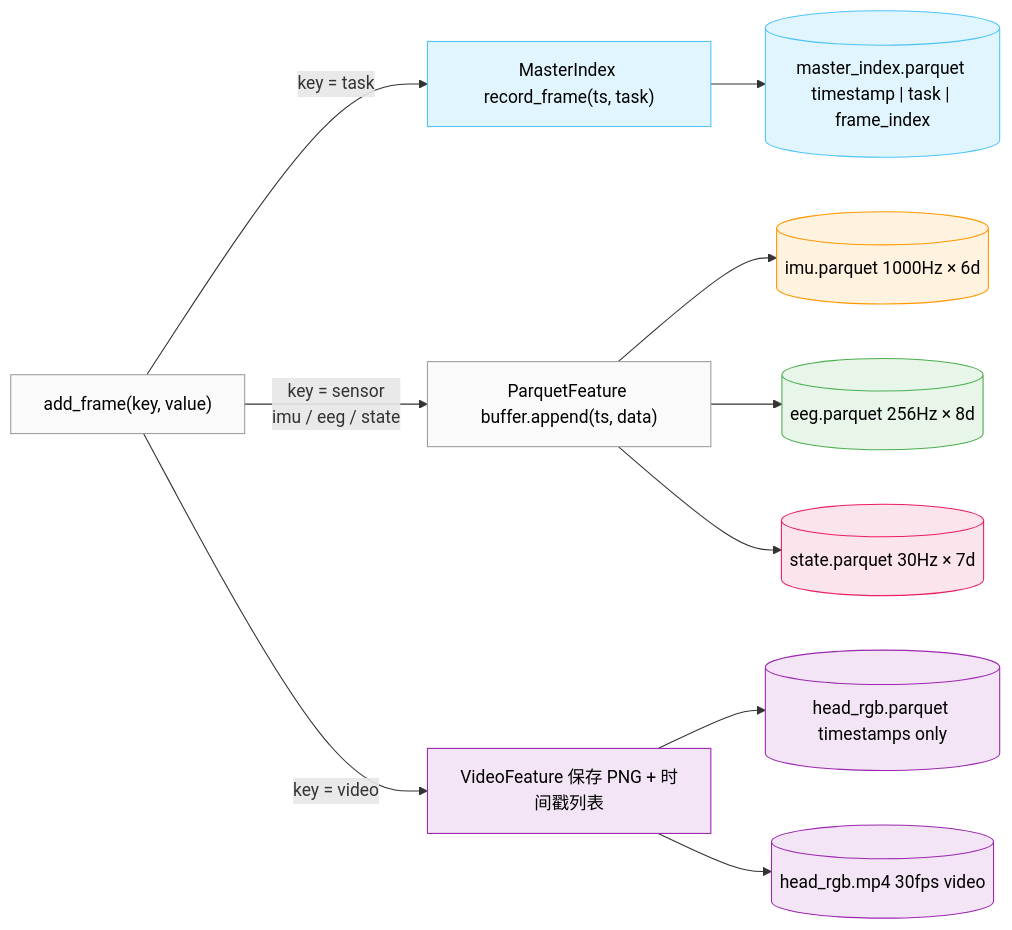
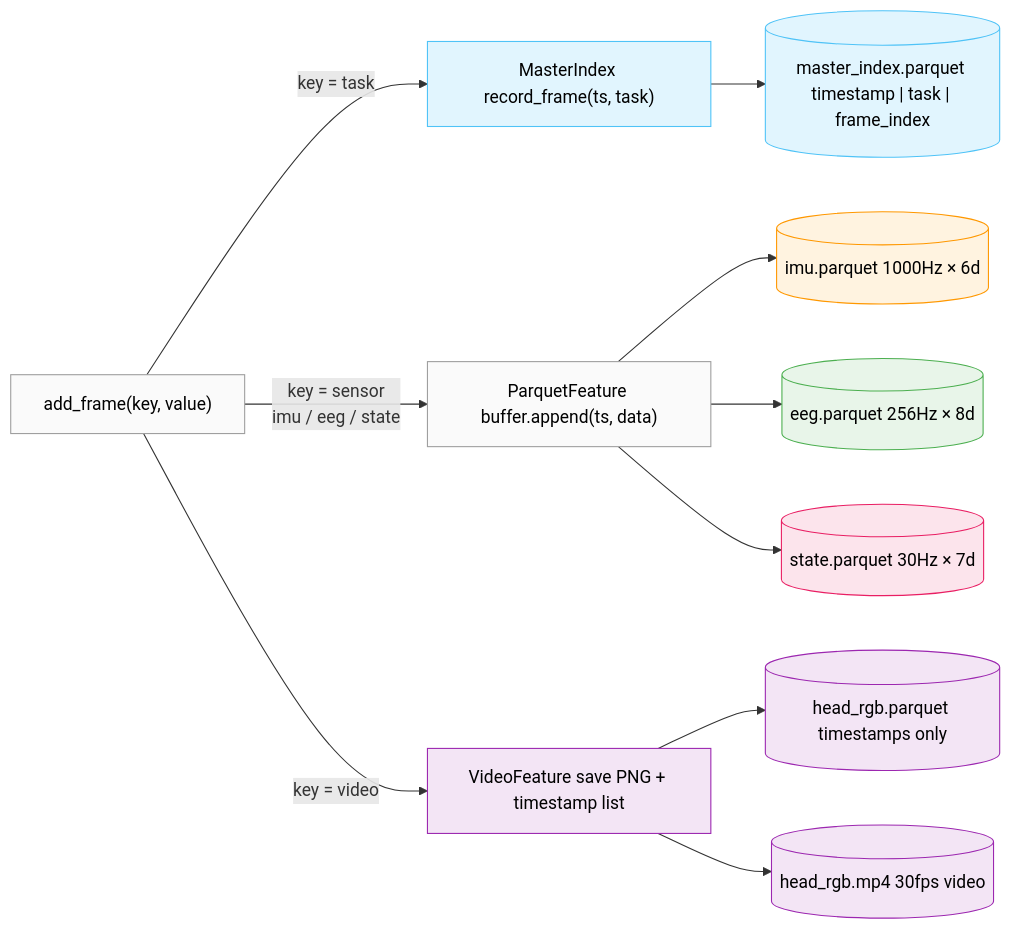
Before and after one commit to Koorye/Multi-Frequency-LeRobot: the first of 4 diagrams in README.md, drawn with Mermaid. The commit also changed other lines of this file and 10 other files, not shown here.

````diff
--- a/README.md
+++ b/README.md
@@ -50,37 +52,35 @@
 ```mermaid
 flowchart LR
-        direction TB
-        AF["add_frame(key, value)"]
-        IX["MasterIndex record_frame(ts, task)"]
-        PF["ParquetFeature buffer.append(ts, data)"]
-        VF["VideoFeature 保存 PNG + 时间戳列表"]
+    AF["add_frame(key, value)"]
+    IX["MasterIndex record_frame(ts, task)"]
+    PF["ParquetFeature buffer.append(ts, data)"]
+    VF["VideoFeature save PNG + timestamp list"]
 
-        direction TB
-        MI[("master_index.parquet timestamp | task | frame_index")]
-        P1[("imu.parquet 1000Hz × 6d")]
-        P2[("eeg.parquet 256Hz × 8d")]
-        P3[("state.parquet 30Hz × 7d")]
-        C1[("head_rgb.parquet timestamps only")]
-        V1[("head_rgb.mp4 30fps video")]
+    MI[("master_index.parquet timestamp | task | frame_index")]
+    P1[("imu.parquet 1000Hz × 6d")]
+    P2[("eeg.parquet 256Hz × 8d")]
+    P3[("state.parquet 30Hz × 7d")]
+    C1[("head_rgb.parquet timestamps only")]
+    V1[("head_rgb.mp4 30fps video")]
 
     AF -->|"key = task"| IX
     AF -->|"key = sensor<br/>imu / eeg / state"| PF
     AF -->|"key = video"| VF
     IX --> MI
     PF --> P1
     PF --> P2
     PF --> P3
     VF --> C1
     VF --> V1
 
     style AF fill:#fafafa,stroke:#9e9e9e,color:#000
     style IX fill:#e1f5fe,stroke:#4fc3f7,color:#000
     style PF fill:#fafafa,stroke:#9e9e9e,color:#000
     style VF fill:#f3e5f5,stroke:#9c27b0,color:#000
     style MI fill:#e1f5fe,stroke:#4fc3f7,color:#000
     style P1 fill:#fff3e0,stroke:#ff9800,color:#000
     style P2 fill:#e8f5e9,stroke:#4caf50,color:#000
     style P3 fill:#fce4ec,stroke:#e91e63,color:#000
     style C1 fill:#f3e5f5,stroke:#9c27b0,color:#000
     style V1 fill:#f3e5f5,stroke:#9c27b0,color:#000
 ```
````
